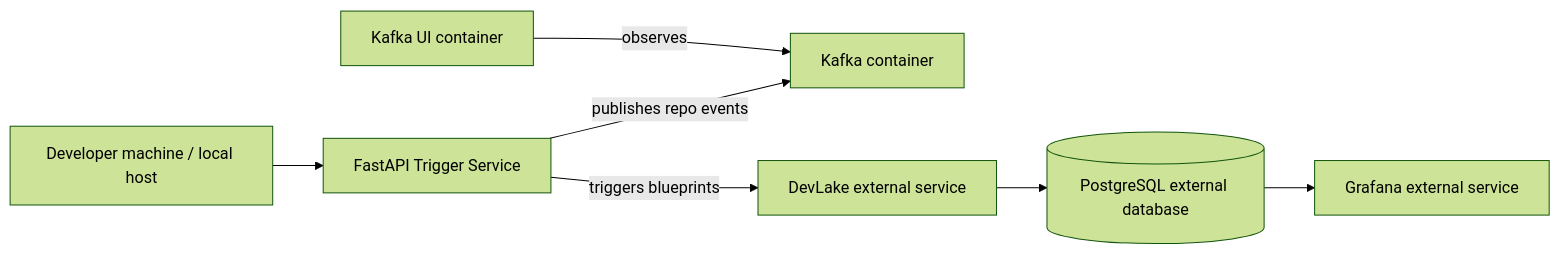
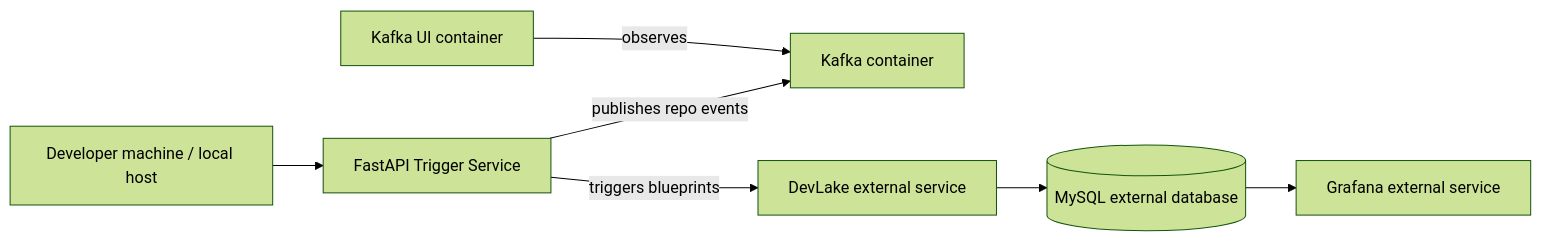
One commit to Shrinaaaath/DevLake-Trigger-Service changed the second of 2 diagrams in PROJECT_DOCUMENTATION.md. Above: the diagram before and after it, drawn with Mermaid (forest theme). The commit also changed other lines of this file, not shown here.

Commit message:
Fix MySQL documentation references

````diff
--- a/PROJECT_DOCUMENTATION.md
+++ b/PROJECT_DOCUMENTATION.md
@@ -1923,17 +1923,17 @@
 ```mermaid
 flowchart LR
     Host[Developer machine / local host]
     App[FastAPI Trigger Service]
     K[Kafka container]
     UI[Kafka UI container]
     Dev[DevLake external service]
-    PG[(PostgreSQL external database)]
+    DB[(MySQL external database)]
     G[Grafana external service]
 
     Host --> App
     App -->|publishes repo events| K
     UI -->|observes| K
     App -->|triggers blueprints| Dev
-    Dev --> PG
-    PG --> G
+    Dev --> DB
+    DB --> G
 ```
````
